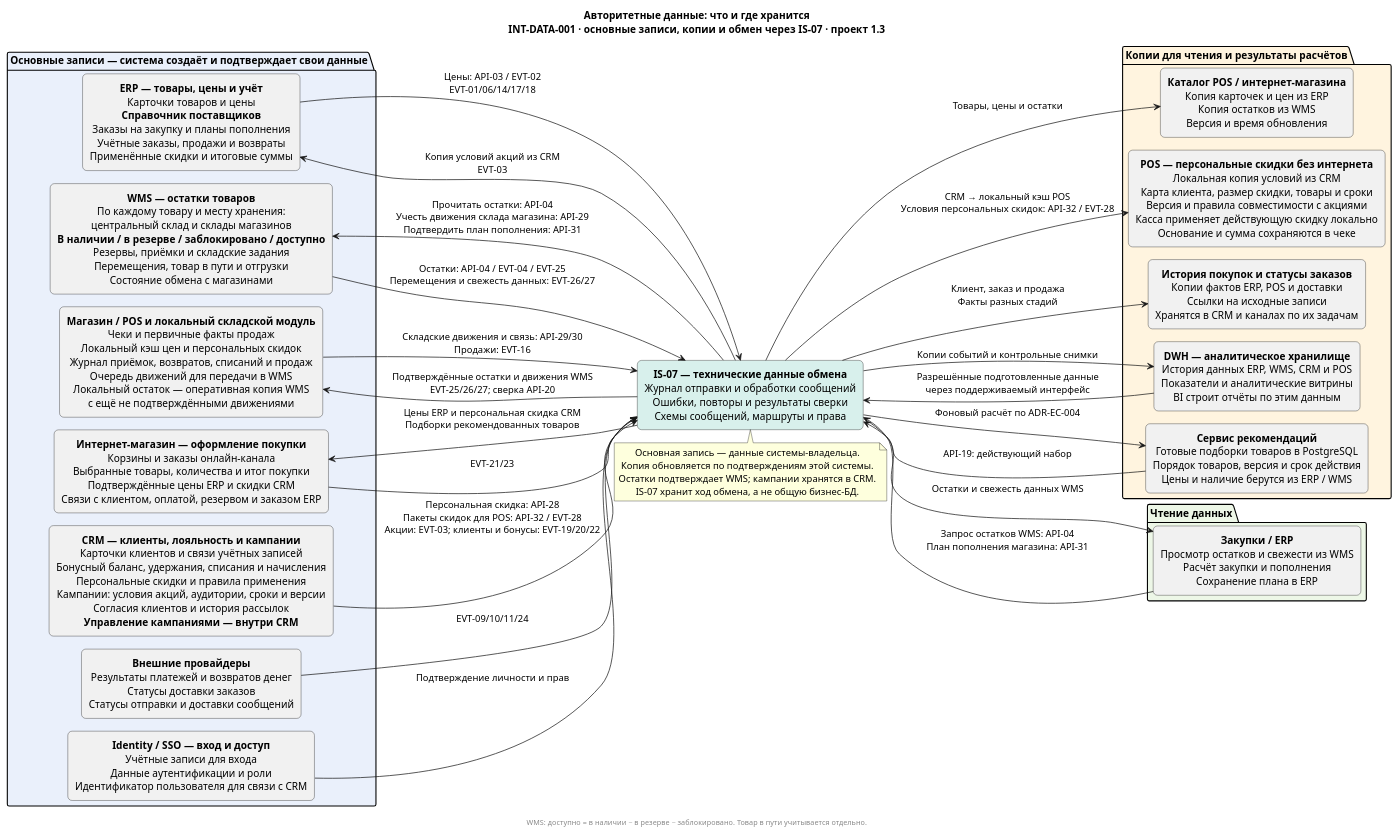
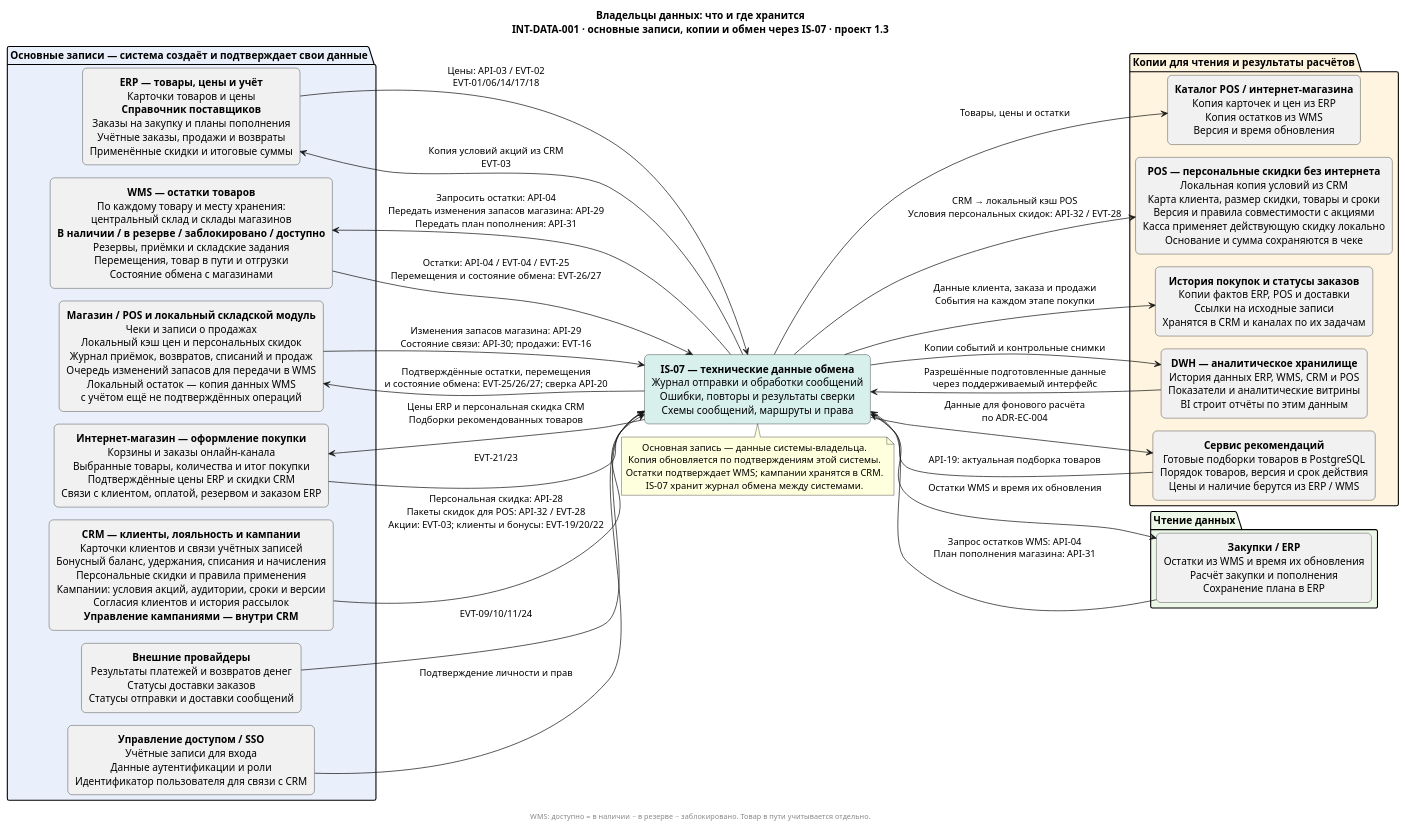
The diagram in 06_integration_architecture/diagrams/INT-DATA-001-ownership.puml (rsingatulin/hse_architecture), drawn with PlantUML before and after one commit. The commit also changed 20 other files, not shown here.

Commit message:
Исправить русский язык во всех интеграционных схемах

```diff
--- a/06_integration_architecture/diagrams/INT-DATA-001-ownership.puml
+++ b/06_integration_architecture/diagrams/INT-DATA-001-ownership.puml
@@ -1,60 +1,60 @@
 @startuml INT-DATA-001-ownership
 !pragma layout smetana
 skinparam backgroundColor white
 skinparam defaultFontName Arial
 skinparam shadowing false
 skinparam rectangleRoundCorner 12
 skinparam defaultTextAlignment center
 left to right direction
-title Авторитетные данные: что и где хранится\nINT-DATA-001 · основные записи, копии и обмен через IS-07 · проект 1.3
+title Владельцы данных: что и где хранится\nINT-DATA-001 · основные записи, копии и обмен через IS-07 · проект 1.3
 package "Основные записи — система создаёт и подтверждает свои данные" #EAF0FB {
  rectangle "<b>ERP — товары, цены и учёт</b>\nКарточки товаров и цены\n<b>Справочник поставщиков</b>\nЗаказы на закупку и планы пополнения\nУчётные заказы, продажи и возвраты\nПрименённые скидки и итоговые суммы" as ERP
  rectangle "<b>WMS — остатки товаров</b>\nПо каждому товару и месту хранения:\nцентральный склад и склады магазинов\n<b>В наличии / в резерве / заблокировано / доступно</b>\nРезервы, приёмки и складские задания\nПеремещения, товар в пути и отгрузки\nСостояние обмена с магазинами" as WMS
  rectangle "<b>CRM — клиенты, лояльность и кампании</b>\nКарточки клиентов и связи учётных записей\nБонусный баланс, удержания, списания и начисления\nПерсональные скидки и правила применения\nКампании: условия акций, аудитории, сроки и версии\nСогласия клиентов и история рассылок\n<b>Управление кампаниями — внутри CRM</b>" as CRM
- rectangle "<b>Магазин / POS и локальный складской модуль</b>\nЧеки и первичные факты продаж\nЛокальный кэш цен и персональных скидок\nЖурнал приёмок, возвратов, списаний и продаж\nОчередь движений для передачи в WMS\nЛокальный остаток — оперативная копия WMS\nс ещё не подтверждёнными движениями" as POS
+ rectangle "<b>Магазин / POS и локальный складской модуль</b>\nЧеки и записи о продажах\nЛокальный кэш цен и персональных скидок\nЖурнал приёмок, возвратов, списаний и продаж\nОчередь изменений запасов для передачи в WMS\nЛокальный остаток — копия данных WMS\nс учётом ещё не подтверждённых операций" as POS
  rectangle "<b>Внешние провайдеры</b>\nРезультаты платежей и возвратов денег\nСтатусы доставки заказов\nСтатусы отправки и доставки сообщений" as EXT
  rectangle "<b>Интернет-магазин — оформление покупки</b>\nКорзины и заказы онлайн-канала\nВыбранные товары, количества и итог покупки\nПодтверждённые цены ERP и скидки CRM\nСвязи с клиентом, оплатой, резервом и заказом ERP" as EC
- rectangle "<b>Identity / SSO — вход и доступ</b>\nУчётные записи для входа\nДанные аутентификации и роли\nИдентификатор пользователя для связи с CRM" as SSO
+ rectangle "<b>Управление доступом / SSO</b>\nУчётные записи для входа\nДанные аутентификации и роли\nИдентификатор пользователя для связи с CRM" as SSO
 }
 rectangle "<b>IS-07 — технические данные обмена</b>\nЖурнал отправки и обработки сообщений\nОшибки, повторы и результаты сверки\nСхемы сообщений, маршруты и права" as IP #D8F0EC
 package "Копии для чтения и результаты расчётов" #FFF4DF {
  rectangle "<b>Каталог POS / интернет-магазина</b>\nКопия карточек и цен из ERP\nКопия остатков из WMS\nВерсия и время обновления" as CAT
  rectangle "<b>POS — персональные скидки без интернета</b>\nЛокальная копия условий из CRM\nКарта клиента, размер скидки, товары и сроки\nВерсия и правила совместимости с акциями\nКасса применяет действующую скидку локально\nОснование и сумма сохраняются в чеке" as DISCOUNT
  rectangle "<b>История покупок и статусы заказов</b>\nКопии фактов ERP, POS и доставки\nСсылки на исходные записи\nХранятся в CRM и каналах по их задачам" as HISTORY
  rectangle "<b>DWH — аналитическое хранилище</b>\nИстория данных ERP, WMS, CRM и POS\nПоказатели и аналитические витрины\nBI строит отчёты по этим данным" as DWH
  rectangle "<b>Сервис рекомендаций</b>\nГотовые подборки товаров в PostgreSQL\nПорядок товаров, версия и срок действия\nЦены и наличие берутся из ERP / WMS" as REC
 }
 package "Чтение данных" #EDF7E7 {
- rectangle "<b>Закупки / ERP</b>\nПросмотр остатков и свежести из WMS\nРасчёт закупки и пополнения\nСохранение плана в ERP" as PROC
+ rectangle "<b>Закупки / ERP</b>\nОстатки из WMS и время их обновления\nРасчёт закупки и пополнения\nСохранение плана в ERP" as PROC
 }
 ERP --> IP : Цены: API-03 / EVT-02\nEVT-01/06/14/17/18
 IP --> ERP : Копия условий акций из CRM\nEVT-03
-WMS --> IP : Остатки: API-04 / EVT-04 / EVT-25\nПеремещения и свежесть данных: EVT-26/27
+WMS --> IP : Остатки: API-04 / EVT-04 / EVT-25\nПеремещения и состояние обмена: EVT-26/27
 CRM --> IP : Персональная скидка: API-28\nПакеты скидок для POS: API-32 / EVT-28\nАкции: EVT-03; клиенты и бонусы: EVT-19/20/22
-POS --> IP : Складские движения и связь: API-29/30\nПродажи: EVT-16
-IP --> WMS : Прочитать остатки: API-04\nУчесть движения склада магазина: API-29\nПодтвердить план пополнения: API-31
-IP --> POS : Подтверждённые остатки и движения WMS\nEVT-25/26/27; сверка API-20
+POS --> IP : Изменения запасов магазина: API-29\nСостояние связи: API-30; продажи: EVT-16
+IP --> WMS : Запросить остатки: API-04\nПередать изменения запасов магазина: API-29\nПередать план пополнения: API-31
+IP --> POS : Подтверждённые остатки, перемещения\nи состояние обмена: EVT-25/26/27; сверка API-20
 EXT --> IP : EVT-09/10/11/24
 EC --> IP : EVT-21/23
 SSO --> IP : Подтверждение личности и прав
 IP --> CAT : Товары, цены и остатки
 IP --> DISCOUNT : CRM → локальный кэш POS\nУсловия персональных скидок: API-32 / EVT-28
-IP --> HISTORY : Клиент, заказ и продажа\nФакты разных стадий
+IP --> HISTORY : Данные клиента, заказа и продажи\nСобытия на каждом этапе покупки
 IP --> DWH : Копии событий и контрольные снимки
-IP --> PROC : Остатки и свежесть данных WMS
+IP --> PROC : Остатки WMS и время их обновления
 PROC --> IP : Запрос остатков WMS: API-04\nПлан пополнения магазина: API-31
 DWH --> IP : Разрешённые подготовленные данные\nчерез поддерживаемый интерфейс
-IP --> REC : Фоновый расчёт по ADR-EC-004
-REC --> IP : API-19: действующий набор
+IP --> REC : Данные для фонового расчёта\nпо ADR-EC-004
+REC --> IP : API-19: актуальная подборка товаров
 IP --> EC : Цены ERP и персональная скидка CRM\nПодборки рекомендованных товаров
 note bottom of IP
   Основная запись — данные системы-владельца.
   Копия обновляется по подтверждениям этой системы.
   Остатки подтверждает WMS; кампании хранятся в CRM.
-  IS-07 хранит ход обмена, а не общую бизнес-БД.
+  IS-07 хранит журнал обмена между системами.
 end note
 footer
 
 WMS: доступно = в наличии − в резерве − заблокировано. Товар в пути учитывается отдельно.
 end footer
 @enduml
```
